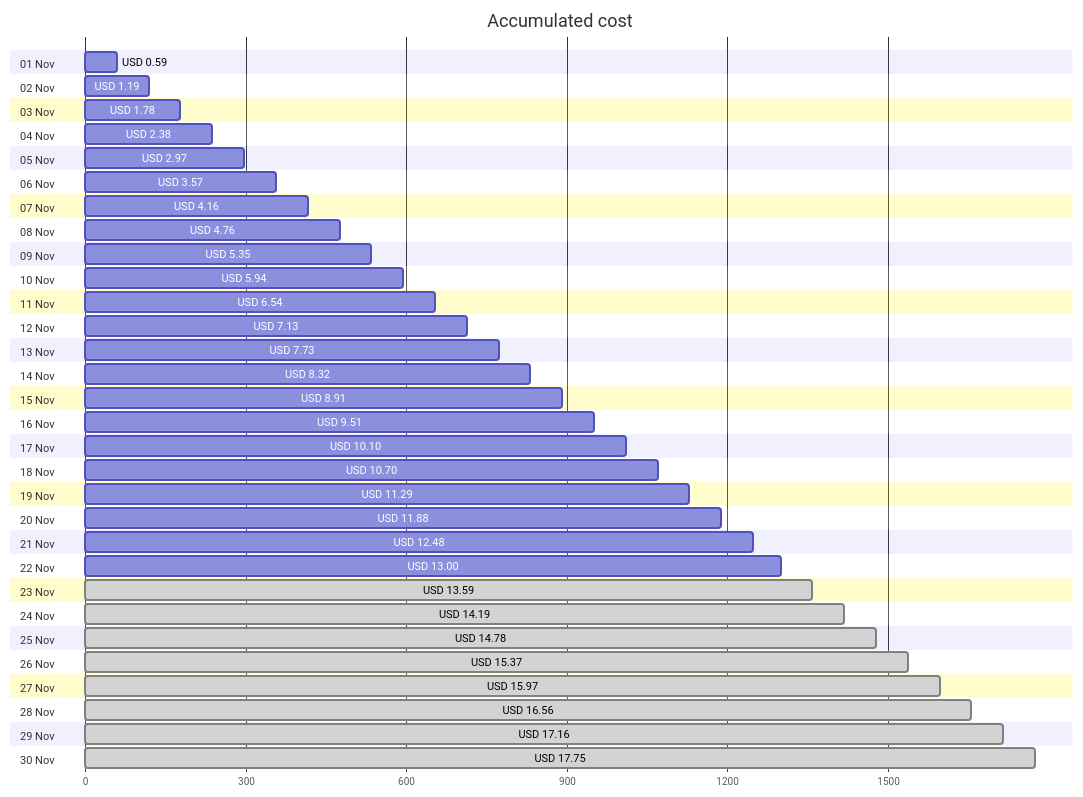
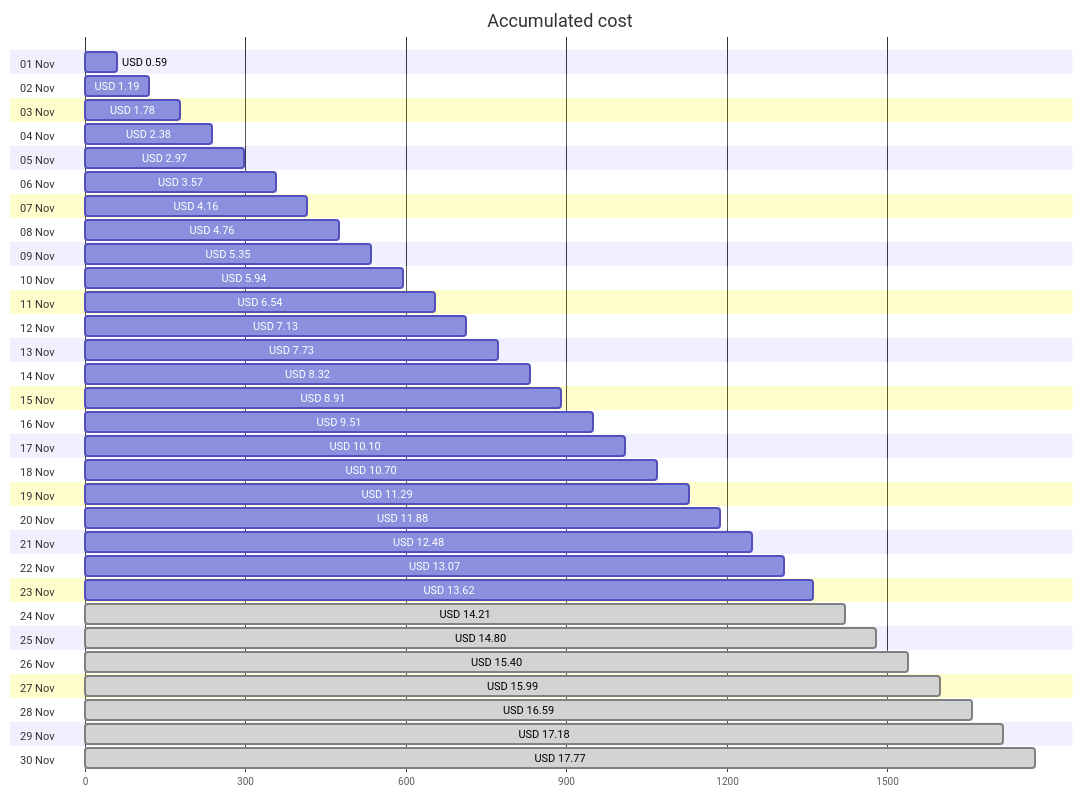
The first of 4 diagrams in cost-reports/personal-site/README.md (jpfulton/azure-personal-reports), drawn with Mermaid before and after one commit. The commit also changed other lines of this file and 6 other files, not shown here.

````diff
--- a/cost-reports/personal-site/README.md
+++ b/cost-reports/personal-site/README.md
@@ -20,66 +20,66 @@
 ```mermaid
 gantt
    title Accumulated cost
    dateFormat  X
    axisFormat %s
    section 01 Nov
    USD 0.59 :0, 59
    section 02 Nov
    USD 1.19 :0, 119
    section 03 Nov
    USD 1.78 :0, 178
    section 04 Nov
    USD 2.38 :0, 238
    section 05 Nov
    USD 2.97 :0, 297
    section 06 Nov
    USD 3.57 :0, 357
    section 07 Nov
    USD 4.16 :0, 416
    section 08 Nov
    USD 4.76 :0, 476
    section 09 Nov
    USD 5.35 :0, 535
    section 10 Nov
    USD 5.94 :0, 594
    section 11 Nov
    USD 6.54 :0, 654
    section 12 Nov
    USD 7.13 :0, 713
    section 13 Nov
    USD 7.73 :0, 773
    section 14 Nov
    USD 8.32 :0, 832
    section 15 Nov
    USD 8.91 :0, 891
    section 16 Nov
    USD 9.51 :0, 951
    section 17 Nov
    USD 10.10 :0, 1010
    section 18 Nov
    USD 10.70 :0, 1070
    section 19 Nov
    USD 11.29 :0, 1129
    section 20 Nov
    USD 11.88 :0, 1188
    section 21 Nov
    USD 12.48 :0, 1248
    section 22 Nov
-   USD 13.00 :0, 1300
+   USD 13.07 :0, 1307
    section 23 Nov
-   USD 13.59 : done, 0, 1359
+   USD 13.62 :0, 1362
    section 24 Nov
-   USD 14.19 : done, 0, 1419
+   USD 14.21 : done, 0, 1421
    section 25 Nov
-   USD 14.78 : done, 0, 1478
+   USD 14.80 : done, 0, 1480
    section 26 Nov
-   USD 15.37 : done, 0, 1537
+   USD 15.40 : done, 0, 1540
    section 27 Nov
-   USD 15.97 : done, 0, 1597
+   USD 15.99 : done, 0, 1599
    section 28 Nov
-   USD 16.56 : done, 0, 1656
+   USD 16.59 : done, 0, 1659
    section 29 Nov
-   USD 17.16 : done, 0, 1716
+   USD 17.18 : done, 0, 1718
    section 30 Nov
-   USD 17.75 : done, 0, 1775
+   USD 17.77 : done, 0, 1777
 ```
````
